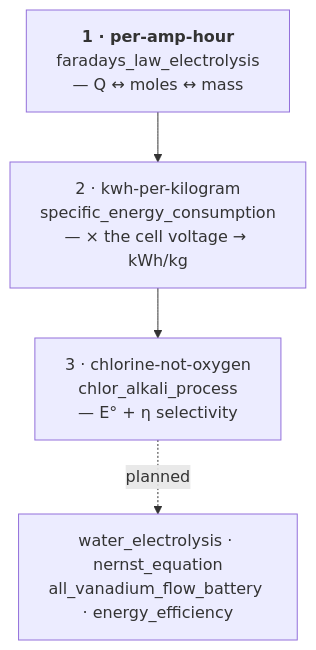
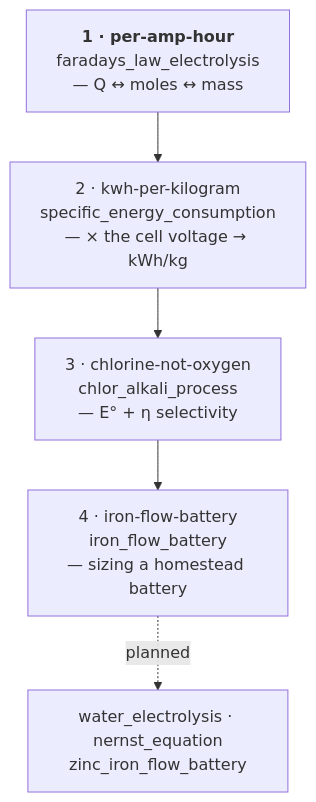
One commit to sj4nes/clanker-tools changed the diagram in skills/chemistry-electrochemistry/tutorial/README.md. Above: the diagram before and after it, drawn with Mermaid. The commit also changed other lines of this file and 2 other files, not shown here.

````diff
--- a/skills/chemistry-electrochemistry/tutorial/README.md
+++ b/skills/chemistry-electrochemistry/tutorial/README.md
@@ -16,8 +16,9 @@
 ```mermaid
 flowchart TD
     T1["<b>1 · per-amp-hour</b><br/>faradays_law_electrolysis<br/>— Q ↔ moles ↔ mass"]
     T2["2 · kwh-per-kilogram<br/>specific_energy_consumption<br/>— × the cell voltage → kWh/kg"]
     T3["3 · chlorine-not-oxygen<br/>chlor_alkali_process<br/>— E° + η selectivity"]
-    T1 --> T2 --> T3
-    T3 -.planned.-> T4["water_electrolysis · nernst_equation<br/>all_vanadium_flow_battery · energy_efficiency"]
+    T4["4 · iron-flow-battery<br/>iron_flow_battery<br/>— sizing a homestead battery"]
+    T1 --> T2 --> T3 --> T4
+    T4 -.planned.-> T5["water_electrolysis · nernst_equation<br/>zinc_iron_flow_battery"]
 ```
````
